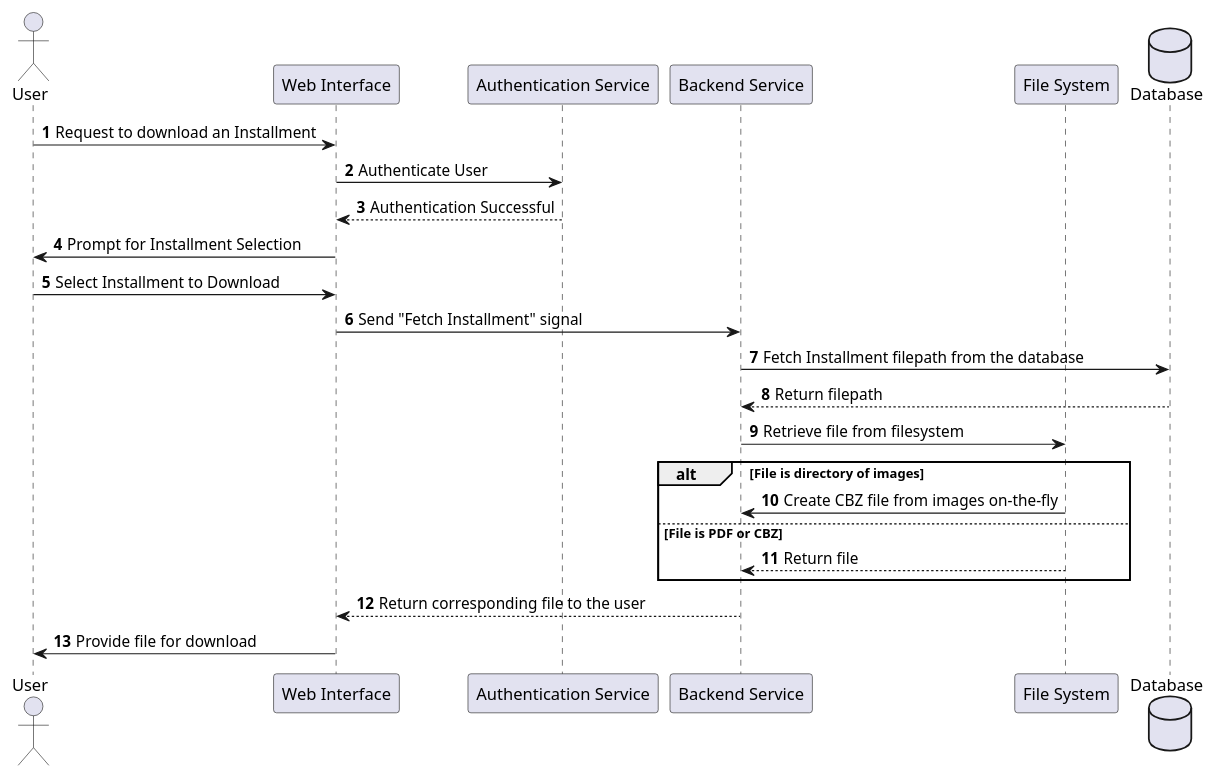
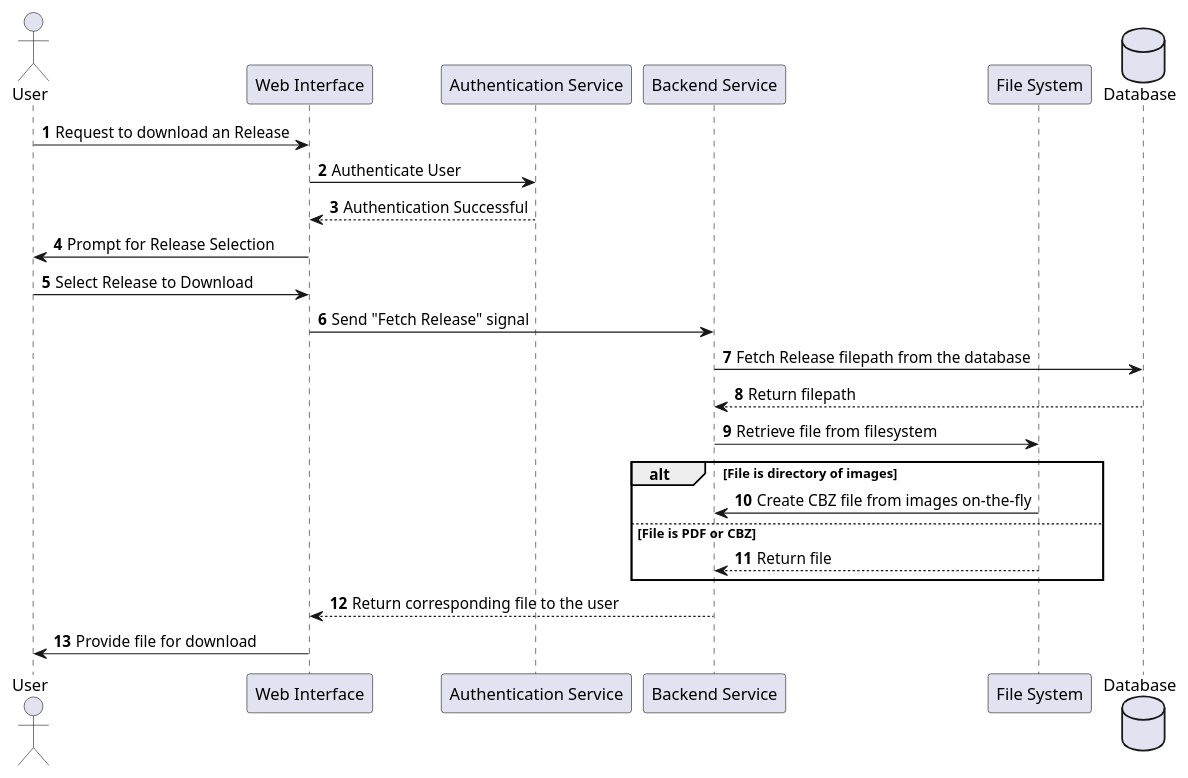
One commit to ameerabdallah/Bijutsu changed the diagram in docs/diagrams/Sequence/DownloadInstallment.puml. Above: the diagram before and after it, drawn with PlantUML. The commit also changed 37 other files, not shown here.

```diff
--- a/docs/diagrams/Sequence/DownloadInstallment.puml
+++ b/docs/diagrams/Sequence/DownloadInstallment.puml
@@ -1,29 +1,29 @@
 @startuml
 
 autonumber
 
 actor User
 participant "Web Interface" as Web
 participant "Authentication Service" as Auth
 participant "Backend Service" as Backend
 participant "File System" as FileSys
 database "Database" as DB
 
-User -> Web: Request to download an Installment
+User -> Web: Request to download an Release
 Web -> Auth: Authenticate User
 Auth --> Web: Authentication Successful
-Web -> User: Prompt for Installment Selection
-User -> Web: Select Installment to Download
-Web -> Backend: Send "Fetch Installment" signal
-Backend -> DB: Fetch Installment filepath from the database
+Web -> User: Prompt for Release Selection
+User -> Web: Select Release to Download
+Web -> Backend: Send "Fetch Release" signal
+Backend -> DB: Fetch Release filepath from the database
 DB --> Backend: Return filepath
 Backend -> FileSys: Retrieve file from filesystem
 alt File is directory of images
     FileSys -> Backend: Create CBZ file from images on-the-fly
 else File is PDF or CBZ
     FileSys --> Backend: Return file
 end
 Backend --> Web: Return corresponding file to the user
 Web -> User: Provide file for download
 
 @enduml
```
